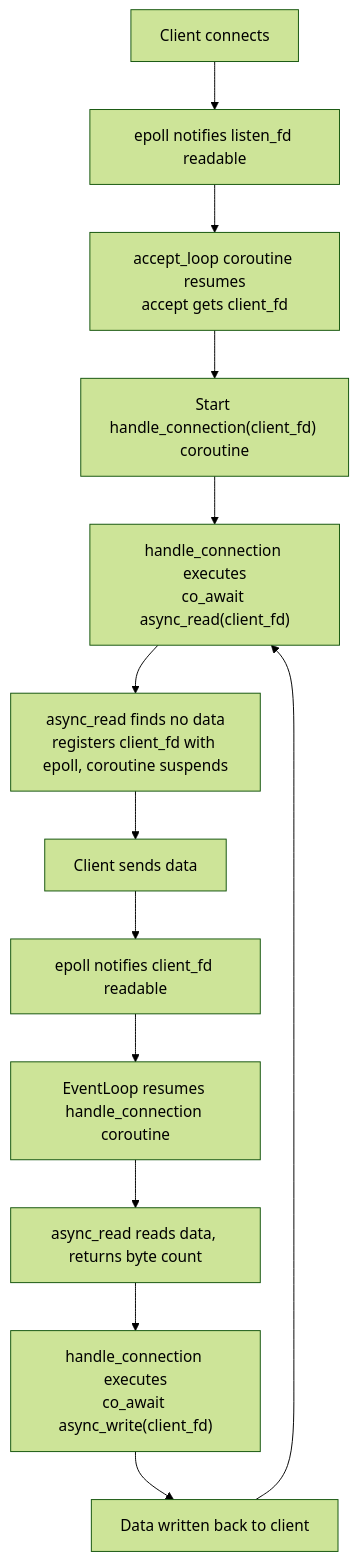
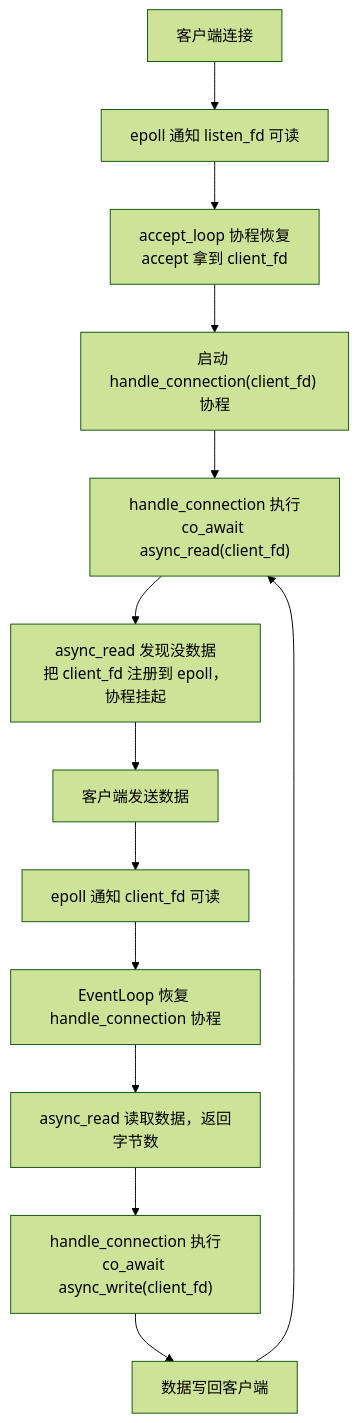
Before and after one commit to Awesome-Embedded-Learning-Studio/Tutorial_AwesomeModernCPP: the diagram in documents/en/vol5-concurrency/ch06-async-io-coroutine/05-coroutine-echo-server.md, drawn with Mermaid (forest theme). The commit also changed other lines of this file and 388 other files, not shown here.

````diff
--- a/documents/en/vol5-concurrency/ch06-async-io-coroutine/05-coroutine-echo-server.md
+++ b/documents/en/vol5-concurrency/ch06-async-io-coroutine/05-coroutine-echo-server.md
@@ -61,15 +61,15 @@
 ```mermaid
 flowchart TD
-    A["Client connects"] --> B["epoll notifies listen_fd readable"]
-    B --> C["accept_loop coroutine resumes<br/>accept gets client_fd"]
-    C --> D["Start handle_connection(client_fd) coroutine"]
-    D --> E["handle_connection executes<br/>co_await async_read(client_fd)"]
-    E --> F["async_read finds no data<br/>registers client_fd with epoll, coroutine suspends"]
-    F --> G["Client sends data"]
-    G --> H["epoll notifies client_fd readable"]
-    H --> I["EventLoop resumes handle_connection coroutine"]
-    I --> J["async_read reads data, returns byte count"]
-    J --> K["handle_connection executes<br/>co_await async_write(client_fd)"]
-    K --> L["Data written back to client"]
+    A["客户端连接"] --> B["epoll 通知 listen_fd 可读"]
+    B --> C["accept_loop 协程恢复<br/>accept 拿到 client_fd"]
+    C --> D["启动 handle_connection(client_fd) 协程"]
+    D --> E["handle_connection 执行<br/>co_await async_read(client_fd)"]
+    E --> F["async_read 发现没数据<br/>把 client_fd 注册到 epoll，协程挂起"]
+    F --> G["客户端发送数据"]
+    G --> H["epoll 通知 client_fd 可读"]
+    H --> I["EventLoop 恢复 handle_connection 协程"]
+    I --> J["async_read 读取数据，返回字节数"]
+    J --> K["handle_connection 执行<br/>co_await async_write(client_fd)"]
+    K --> L["数据写回客户端"]
     L --> E
 ```
````
